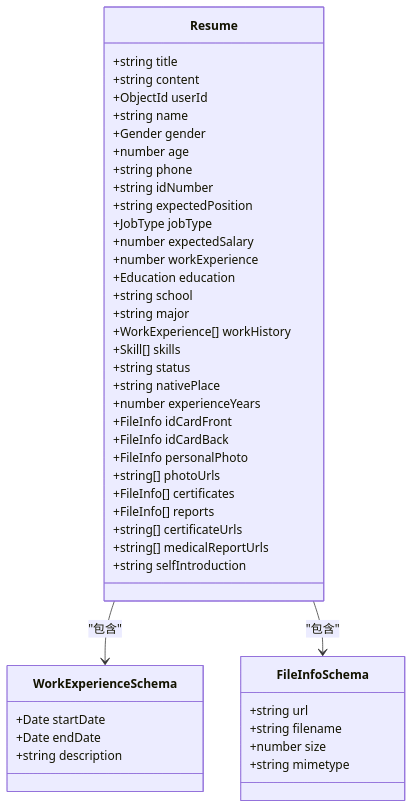
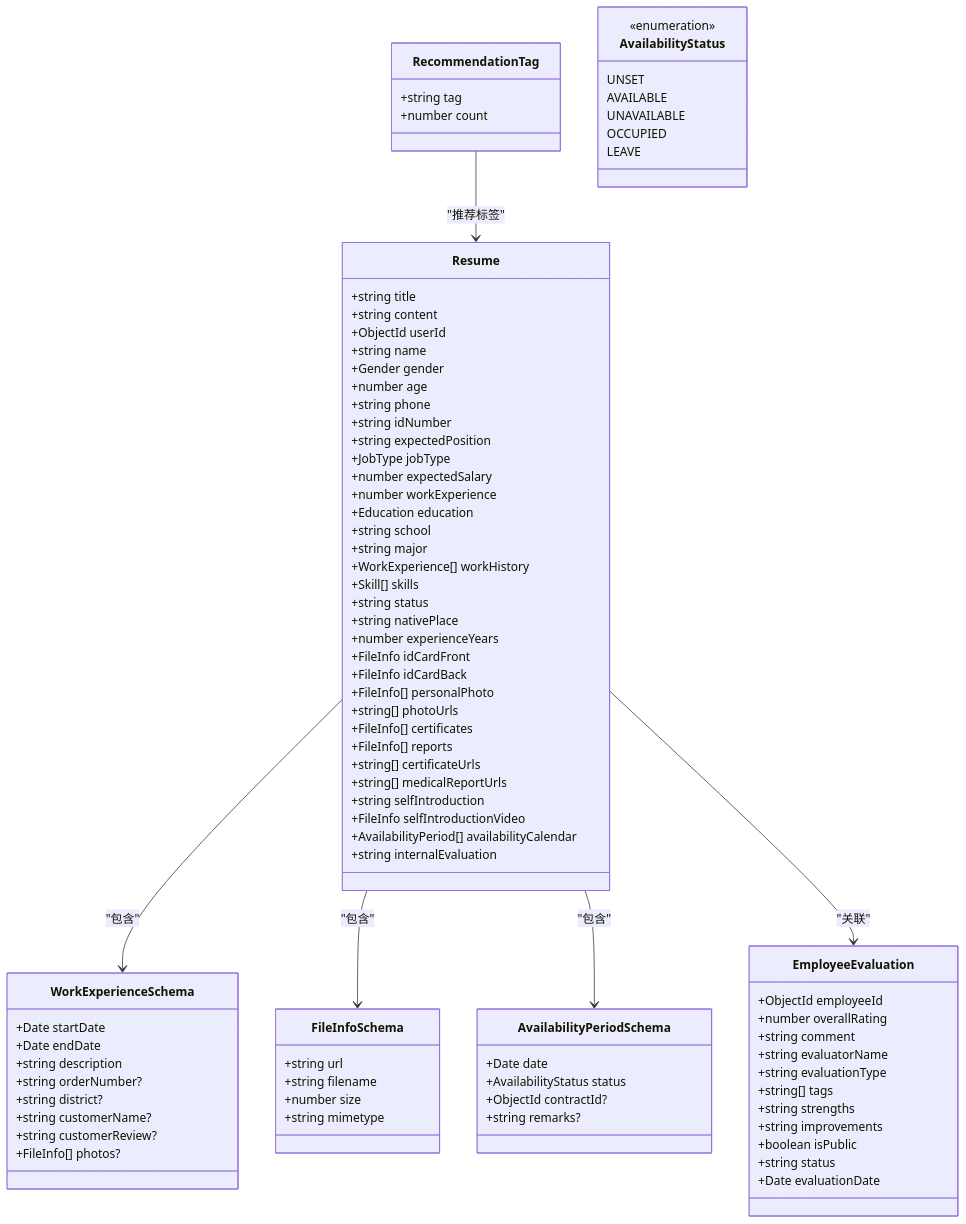
Before and after one commit to sunxuebo91/andejiazhengkaifa: the third of 5 diagrams in .qoder/repowiki/zh/content/核心功能模块/简历管理模块.md, drawn with Mermaid. The commit also changed other lines of this file and 439 other files, not shown here.

````diff
--- a/.qoder/repowiki/zh/content/核心功能模块/简历管理模块.md
+++ b/.qoder/repowiki/zh/content/核心功能模块/简历管理模块.md
@@ -146,18 +215,26 @@
 +number experienceYears
 +FileInfo idCardFront
 +FileInfo idCardBack
-+FileInfo personalPhoto
++FileInfo[] personalPhoto
 +string[] photoUrls
 +FileInfo[] certificates
 +FileInfo[] reports
 +string[] certificateUrls
 +string[] medicalReportUrls
 +string selfIntroduction
++FileInfo selfIntroductionVideo
++AvailabilityPeriod[] availabilityCalendar
++string internalEvaluation
 }
 class WorkExperienceSchema {
 +Date startDate
 +Date endDate
 +string description
++string orderNumber?
++string district?
++string customerName?
++string customerReview?
++FileInfo[] photos?
 }
 class FileInfoSchema {
 +string url
@@ -165,6 +242,40 @@
 +number size
 +string mimetype
 }
+class AvailabilityPeriodSchema {
++Date date
++AvailabilityStatus status
++ObjectId contractId?
++string remarks?
+}
+class EmployeeEvaluation {
++ObjectId employeeId
++number overallRating
++string comment
++string evaluatorName
++string evaluationType
++string[] tags
++string strengths
++string improvements
++boolean isPublic
++string status
++Date evaluationDate
+}
+class RecommendationTag {
++string tag
++number count
+}
+class AvailabilityStatus {
+<<enumeration>>
+UNSET
+AVAILABLE
+UNAVAILABLE
+OCCUPIED
+LEAVE
+}
 Resume --> WorkExperienceSchema : "包含"
 Resume --> FileInfoSchema : "包含"
+Resume --> AvailabilityPeriodSchema : "包含"
+Resume --> EmployeeEvaluation : "关联"
+RecommendationTag --> Resume : "推荐标签"
 ```
````
